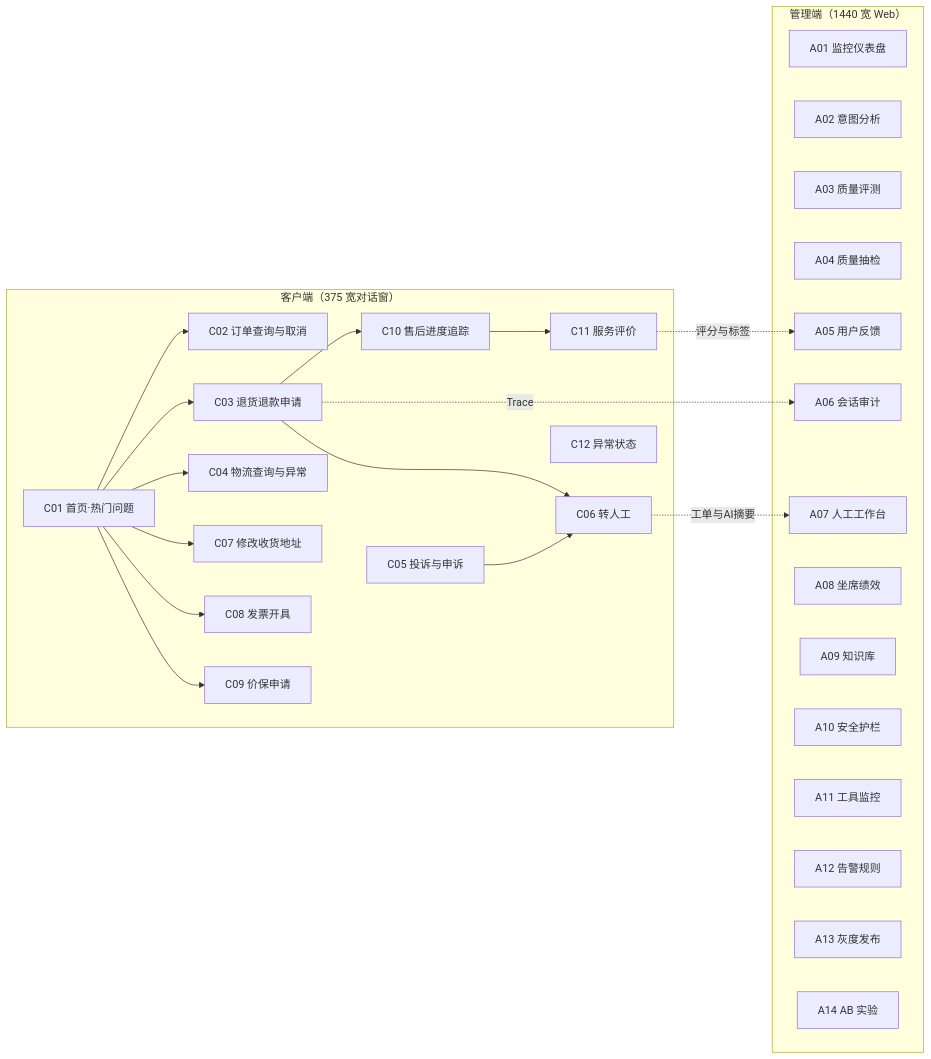
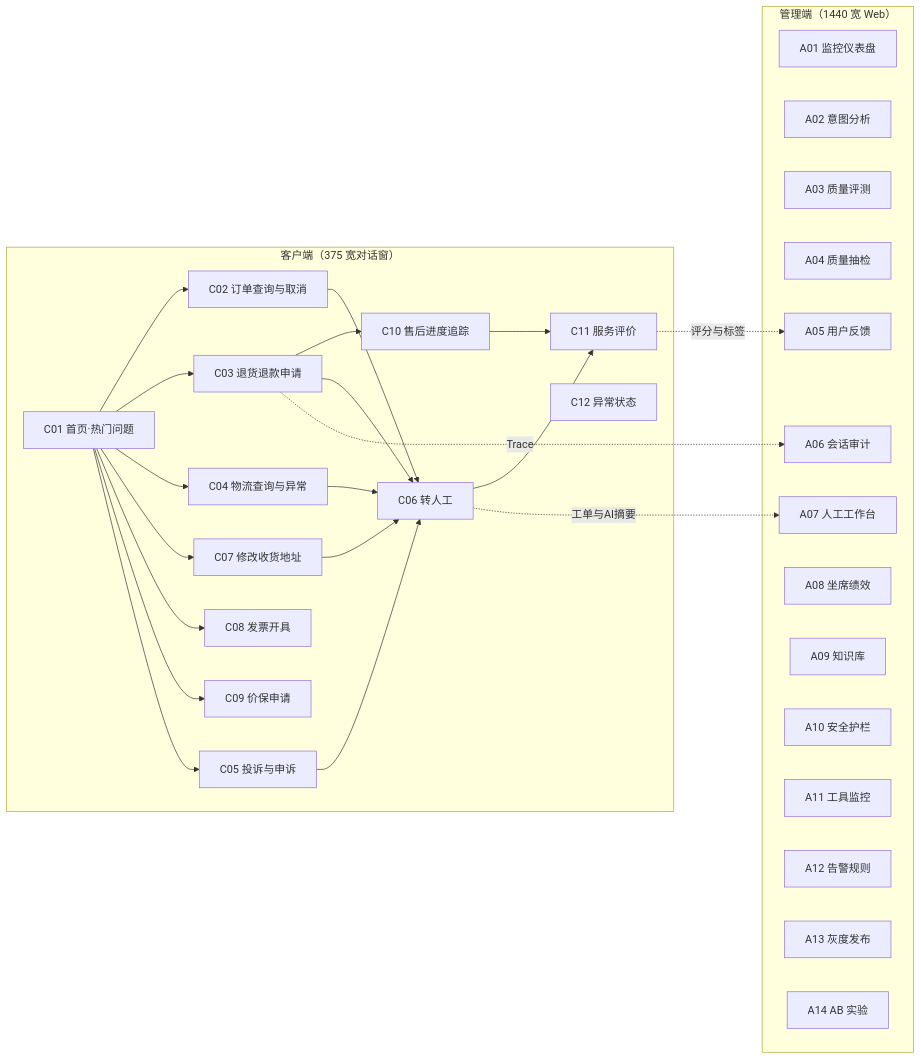
One commit to yshihao636/shopbot-demo changed the first of 16 diagrams in ShopBot电商智能客服 PRD.md. Above: the diagram before and after it, drawn with Mermaid. The commit also changed other lines of this file, not shown here.

Commit message:
更新 PRD 至 v1.10：退货凭证规则、P0–P3 告警、追问上限、VIP 优先转接、人工客服节省率，补页面上线版本与流程图

````diff
--- a/ShopBot电商智能客服 PRD.md
+++ b/ShopBot电商智能客服 PRD.md
@@ -174,35 +267,38 @@
 ```mermaid
 graph LR
     subgraph C端["客户端（375 宽对话窗）"]
         C01[C01 首页·热门问题] --> C02[C02 订单查询与取消]
         C01 --> C03[C03 退货退款申请]
         C01 --> C04[C04 物流查询与异常]
         C01 --> C07[C07 修改收货地址]
         C01 --> C08[C08 发票开具]
         C01 --> C09[C09 价保申请]
+        C01 --> C05[C05 投诉与申诉]
         C03 --> C10[C10 售后进度追踪]
         C03 --> C06[C06 转人工]
-        C05[C05 投诉与申诉] --> C06
+        C02 & C04 & C07 --> C06
+        C05 --> C06
         C10 --> C11[C11 服务评价]
+        C06 --> C11
         C12[C12 异常状态]
     end
     subgraph Admin["管理端（1440 宽 Web）"]
         A01[A01 监控仪表盘]
         A02[A02 意图分析]
         A03[A03 质量评测]
         A04[A04 质量抽检]
         A05[A05 用户反馈]
         A06[A06 会话审计]
         A07[A07 人工工作台]
         A08[A08 坐席绩效]
         A09[A09 知识库]
         A10[A10 安全护栏]
         A11[A11 工具监控]
         A12[A12 告警规则]
         A13[A13 灰度发布]
         A14[A14 AB 实验]
     end
     C06 -. 工单与AI摘要 .-> A07
     C11 -. 评分与标签 .-> A05
     C03 -. Trace .-> A06
 ```
````
